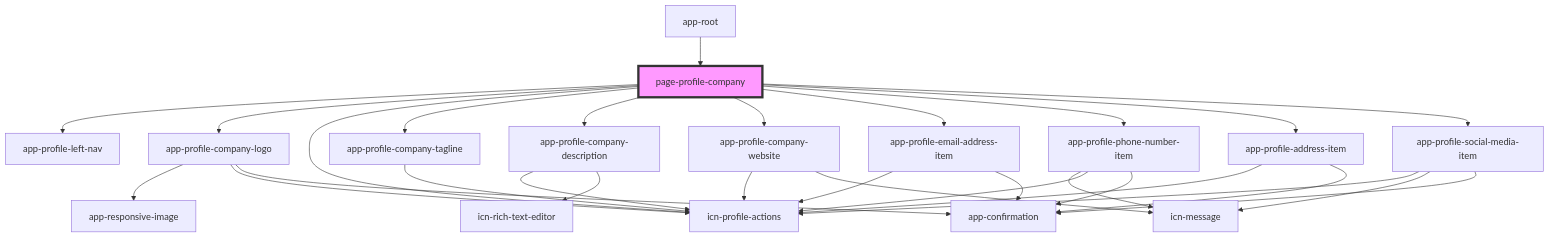
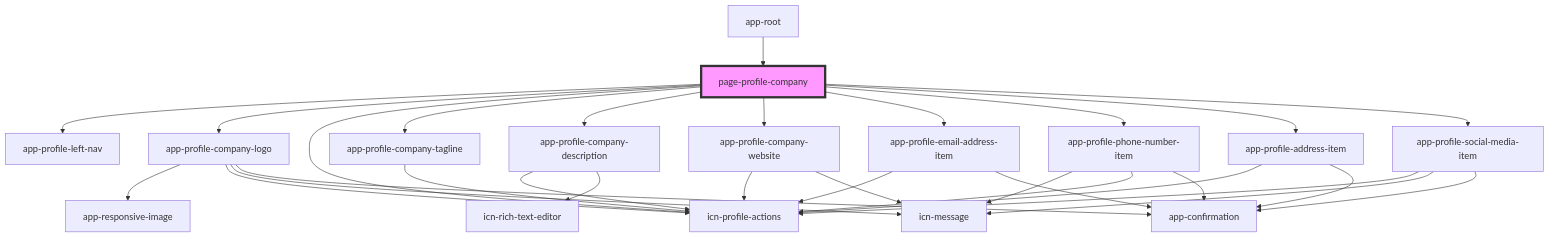
The diagram in iconeventnetwork-web/src/components/pages/page-profile-company/readme.md (lokheed/IconEventNetwork.Web), drawn with Mermaid before and after one commit. The commit also changed 7 other files, not shown here.

Commit message:
US539 T696 company logo edit complete

````diff
--- a/iconeventnetwork-web/src/components/pages/page-profile-company/readme.md
+++ b/iconeventnetwork-web/src/components/pages/page-profile-company/readme.md
@@ -35,33 +35,34 @@
 ```mermaid
 graph TD;
   page-profile-company --> app-profile-left-nav
   page-profile-company --> app-profile-company-logo
   page-profile-company --> icn-profile-actions
   page-profile-company --> app-profile-company-tagline
   page-profile-company --> app-profile-company-description
   page-profile-company --> app-profile-company-website
   page-profile-company --> app-profile-email-address-item
   page-profile-company --> app-profile-phone-number-item
   page-profile-company --> app-profile-address-item
   page-profile-company --> app-profile-social-media-item
   app-profile-company-logo --> app-responsive-image
   app-profile-company-logo --> icn-profile-actions
+  app-profile-company-logo --> icn-message
   app-profile-company-logo --> app-confirmation
   app-profile-company-tagline --> icn-profile-actions
   app-profile-company-description --> icn-profile-actions
   app-profile-company-description --> icn-rich-text-editor
   app-profile-company-website --> icn-profile-actions
   app-profile-company-website --> icn-message
   app-profile-email-address-item --> icn-profile-actions
   app-profile-email-address-item --> app-confirmation
   app-profile-phone-number-item --> icn-message
   app-profile-phone-number-item --> icn-profile-actions
   app-profile-phone-number-item --> app-confirmation
   app-profile-address-item --> icn-profile-actions
   app-profile-address-item --> app-confirmation
   app-profile-social-media-item --> icn-profile-actions
   app-profile-social-media-item --> icn-message
   app-profile-social-media-item --> app-confirmation
   app-root --> page-profile-company
   style page-profile-company fill:#f9f,stroke:#333,stroke-width:4px
 ```
````
